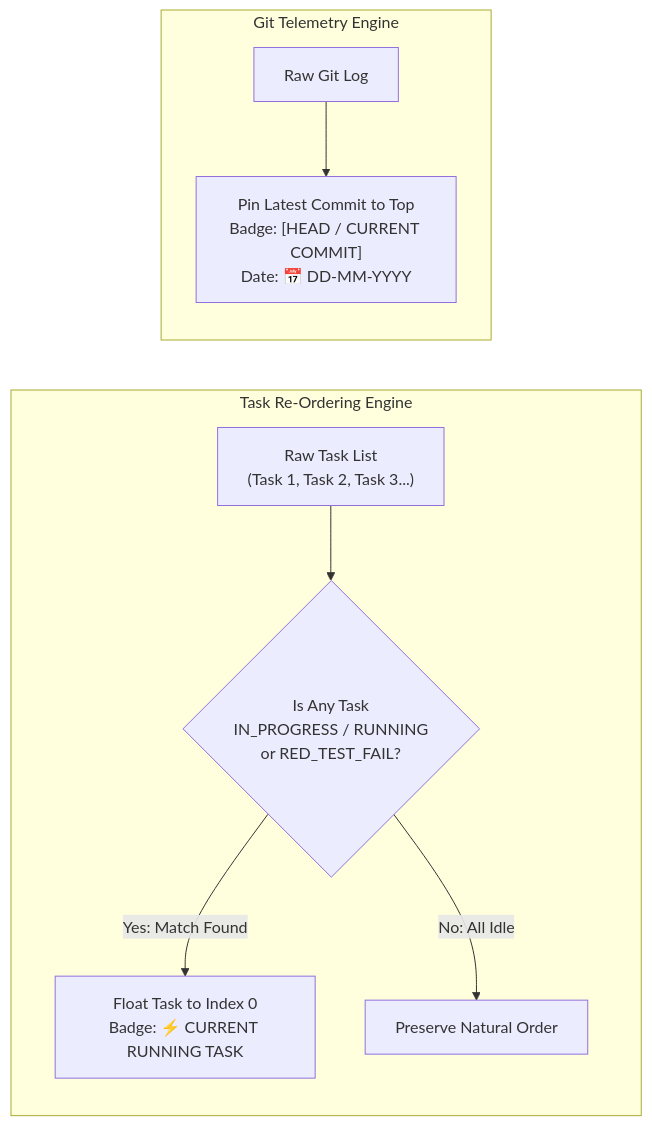
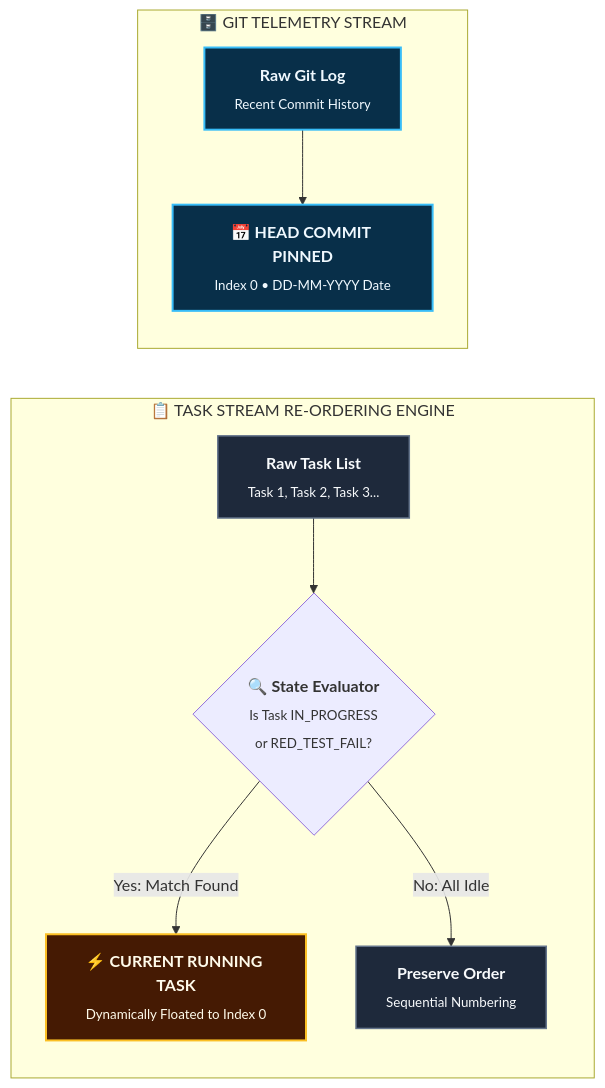
One commit to rmsofficialsyt/Agentic-AI-Vibe-Coding-AND-SDD-TDD-Codebase-Chandan-Adhikary changed the second of 4 diagrams in SDD-TDD-Chandan-Adhikary/Spec-Driven-Development/Project-Manager-Dashboard/README.md. Above: the diagram before and after it, drawn with Mermaid. The commit also changed other lines of this file and 23 other files, not shown here.

Commit message:
docs: redesign diagrams to Eraser.io visual style and regenerate MANIFEST.json

````diff
--- a/SDD-TDD-Chandan-Adhikary/Spec-Driven-Development/Project-Manager-Dashboard/README.md
+++ b/SDD-TDD-Chandan-Adhikary/Spec-Driven-Development/Project-Manager-Dashboard/README.md
@@ -65,12 +67,16 @@
 ```mermaid
 flowchart LR
-    subgraph TaskStream ["Task Re-Ordering Engine"]
-        IncomingTasks["Raw Task List<br/>(Task 1, Task 2, Task 3...)"] --> StateCheck{"Is Any Task<br/>IN_PROGRESS / RUNNING<br/>or RED_TEST_FAIL?"}
-        StateCheck -->|"Yes: Match Found"| FloatTop["Float Task to Index 0<br/>Badge: ⚡ CURRENT RUNNING TASK"]
-        StateCheck -->|"No: All Idle"| NaturalOrder["Preserve Natural Order"]
+    classDef active fill:#451a03,stroke:#fbbf24,stroke-width:2px,color:#fffbeb;
+    classDef normal fill:#1e293b,stroke:#64748b,stroke-width:1.5px,color:#f8fafc;
+    classDef git fill:#082f49,stroke:#38bdf8,stroke-width:2px,color:#f0f9ff;
+
+    subgraph TaskStream ["📋 TASK STREAM RE-ORDERING ENGINE"]
+        IncomingTasks["<b>Raw Task List</b><br/><sub>Task 1, Task 2, Task 3...</sub>"]:::normal --> StateCheck{"<b>🔍 State Evaluator</b><br/><sub>Is Task IN_PROGRESS<br/>or RED_TEST_FAIL?</sub>"}
+        StateCheck -->|"Yes: Match Found"| FloatTop["<b>⚡ CURRENT RUNNING TASK</b><br/><sub>Dynamically Floated to Index 0</sub>"]:::active
+        StateCheck -->|"No: All Idle"| NaturalOrder["<b>Preserve Order</b><br/><sub>Sequential Numbering</sub>"]:::normal
     end
 
-    subgraph GitStream ["Git Telemetry Engine"]
-        GitLog["Raw Git Log"] --> PinHead["Pin Latest Commit to Top<br/>Badge: [HEAD / CURRENT COMMIT]<br/>Date: 📅 DD-MM-YYYY"]
+    subgraph GitStream ["🗄️ GIT TELEMETRY STREAM"]
+        GitLog["<b>Raw Git Log</b><br/><sub>Recent Commit History</sub>"]:::git --> PinHead["<b>📅 HEAD COMMIT PINNED</b><br/><sub>Index 0 • DD-MM-YYYY Date</sub>"]:::git
     end
 ```
````
